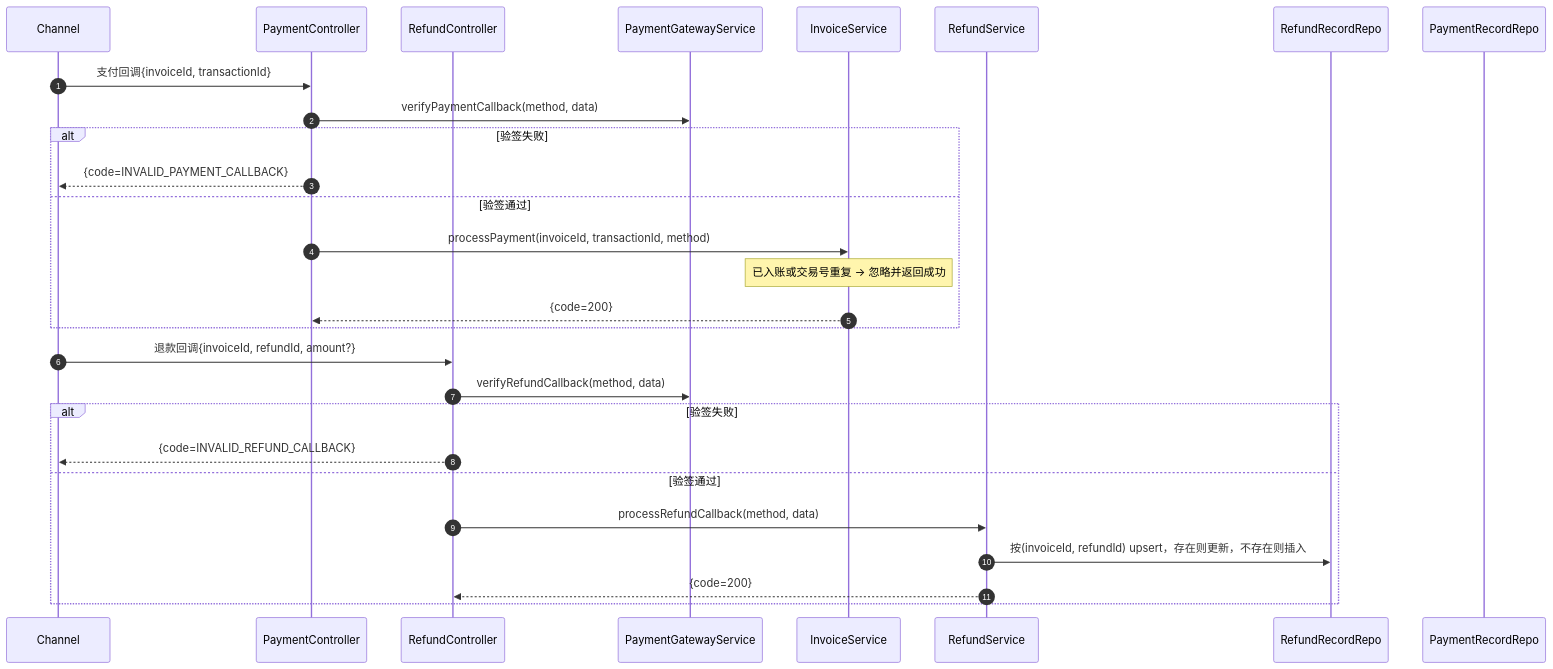
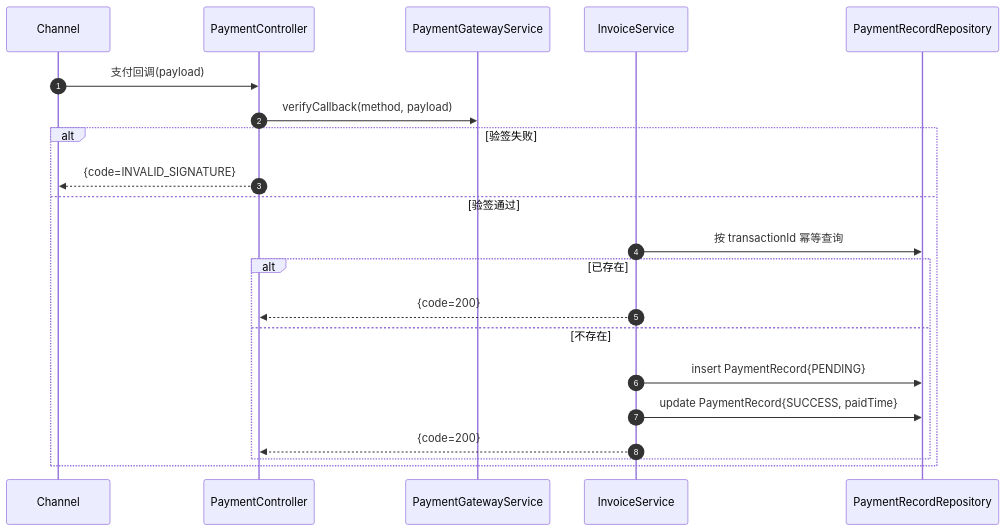
The eighth of 11 diagrams in rose-backend/rose-service/rose-billing-service/docs/billing-domain-model.md (rosestack/rose-playground), drawn with Mermaid before and after one commit. The commit also changed other lines of this file and 33 other files, not shown here.

Commit message:
refactor: 重构计费核心实体与状态管理，完善发票币种、价格快照及支付记录细节字段，标准化支付/退款状态流转(PENDING/SUCCESS/FAILED)，增强支付回调幂等处理与金额核对机制，优化订阅、用量、退款关联关系及财务模型可观测性

````diff
--- a/rose-backend/rose-service/rose-billing-service/docs/billing-domain-model.md
+++ b/rose-backend/rose-service/rose-billing-service/docs/billing-domain-model.md
@@ -258,34 +212,24 @@
 ```mermaid
 sequenceDiagram
   autonumber
   participant CH as Channel
   participant PC as PaymentController
-  participant RC as RefundController
   participant GW as PaymentGatewayService
   participant IS as InvoiceService
-  participant RS as RefundService
-  participant RR as RefundRecordRepo
-  participant PR as PaymentRecordRepo
+  participant PR as PaymentRecordRepository
 
-  %% 支付回调幂等（示意）
-  CH->>PC: 支付回调{invoiceId, transactionId}
-  PC->>GW: verifyPaymentCallback(method, data)
+  CH->>PC: 支付回调(payload)
+  PC->>GW: verifyCallback(method, payload)
   alt 验签失败
-    PC-->>CH: {code=INVALID_PAYMENT_CALLBACK}
+    PC-->>CH: {code=INVALID_SIGNATURE}
   else 验签通过
-    PC->>IS: processPayment(invoiceId, transactionId, method)
-    note over IS: 已入账或交易号重复 → 忽略并返回成功
-    IS-->>PC: {code=200}
-  end
-
-  %% 退款回调幂等
-  CH->>RC: 退款回调{invoiceId, refundId, amount?}
-  RC->>GW: verifyRefundCallback(method, data)
-  alt 验签失败
-    RC-->>CH: {code=INVALID_REFUND_CALLBACK}
-  else 验签通过
-    RC->>RS: processRefundCallback(method, data)
-    RS->>RR: 按(invoiceId, refundId) upsert，存在则更新，不存在则插入
-    RS-->>RC: {code=200}
+    IS->>PR: 按 transactionId 幂等查询
+    alt 已存在
+      IS-->>PC: {code=200}
+    else 不存在
+      IS->>PR: insert PaymentRecord{PENDING}
+      IS->>PR: update PaymentRecord{SUCCESS, paidTime}
+      IS-->>PC: {code=200}
+    end
   end
 ```
````
